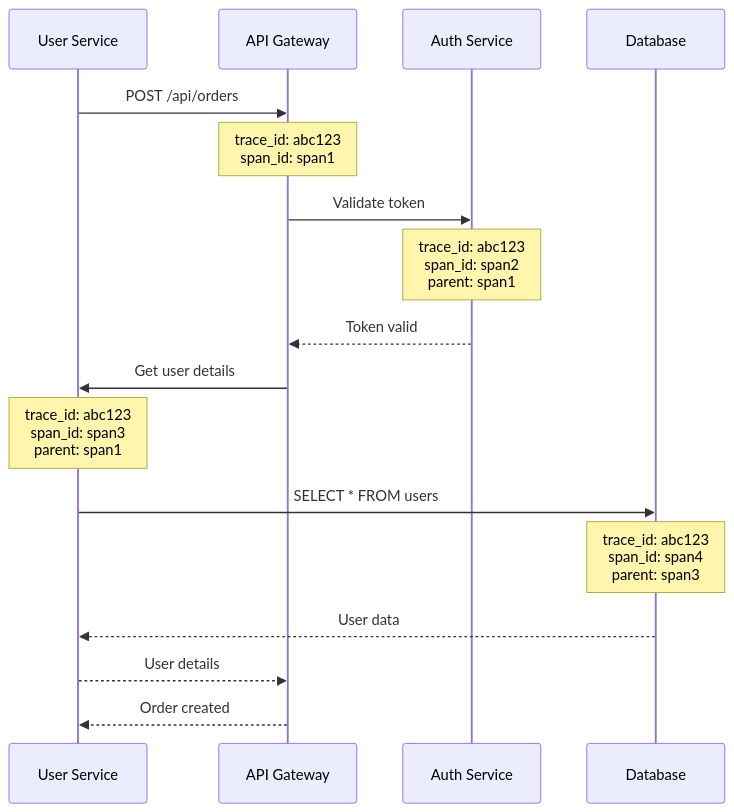
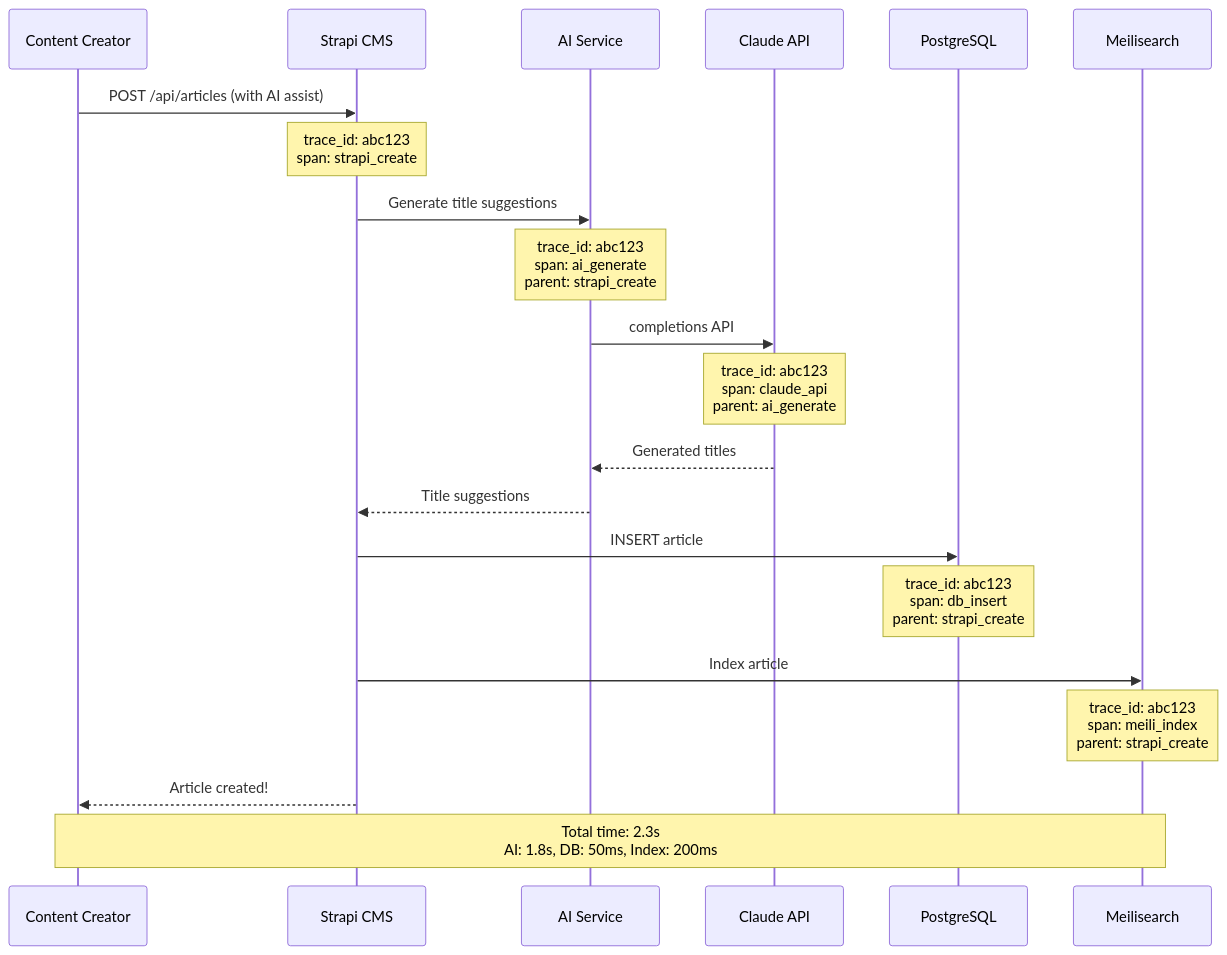
Before and after one commit to PearlThoughtsInternship/Internship-Obsidian-Vault: the tenth of 11 diagrams in DevOps/03-Platform/02-Observability.md, drawn with Mermaid. The commit also changed other lines of this file, not shown here.

First line of the commit message:
docs: Observability with ContentAI product context and stakeholder views

````diff
--- a/DevOps/03-Platform/02-Observability.md
+++ b/DevOps/03-Platform/02-Observability.md
@@ -320,27 +603,31 @@
 ```mermaid
 sequenceDiagram
-    participant User
-    participant Gateway as API Gateway
-    participant Auth as Auth Service
-    participant User as User Service
-    participant DB as Database
+    participant User as Content Creator
+    participant Strapi as Strapi CMS
+    participant AI as AI Service
+    participant Claude as Claude API
+    participant PG as PostgreSQL
+    participant Meili as Meilisearch
 
-    User->>Gateway: POST /api/orders
-    Note over Gateway: trace_id: abc123<br/>span_id: span1
+    User->>Strapi: POST /api/articles (with AI assist)
+    Note over Strapi: trace_id: abc123<br/>span: strapi_create
 
-    Gateway->>Auth: Validate token
-    Note over Auth: trace_id: abc123<br/>span_id: span2<br/>parent: span1
+    Strapi->>AI: Generate title suggestions
+    Note over AI: trace_id: abc123<br/>span: ai_generate<br/>parent: strapi_create
 
-    Auth-->>Gateway: Token valid
+    AI->>Claude: completions API
+    Note over Claude: trace_id: abc123<br/>span: claude_api<br/>parent: ai_generate
+    Claude-->>AI: Generated titles
 
-    Gateway->>User: Get user details
-    Note over User: trace_id: abc123<br/>span_id: span3<br/>parent: span1
+    AI-->>Strapi: Title suggestions
 
-    User->>DB: SELECT * FROM users
-    Note over DB: trace_id: abc123<br/>span_id: span4<br/>parent: span3
+    Strapi->>PG: INSERT article
+    Note over PG: trace_id: abc123<br/>span: db_insert<br/>parent: strapi_create
 
-    DB-->>User: User data
-    User-->>Gateway: User details
+    Strapi->>Meili: Index article
+    Note over Meili: trace_id: abc123<br/>span: meili_index<br/>parent: strapi_create
 
-    Gateway-->>User: Order created
+    Strapi-->>User: Article created!
+
+    Note over User,Meili: Total time: 2.3s<br/>AI: 1.8s, DB: 50ms, Index: 200ms
 ```
````
